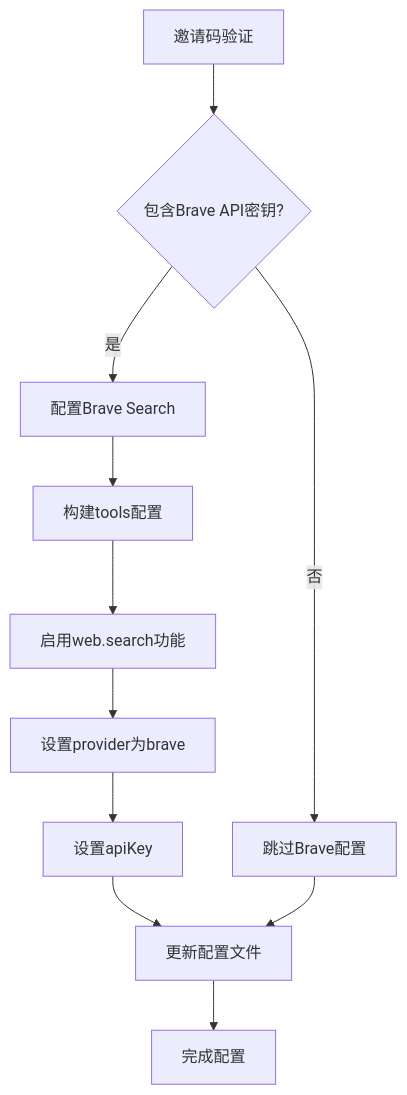
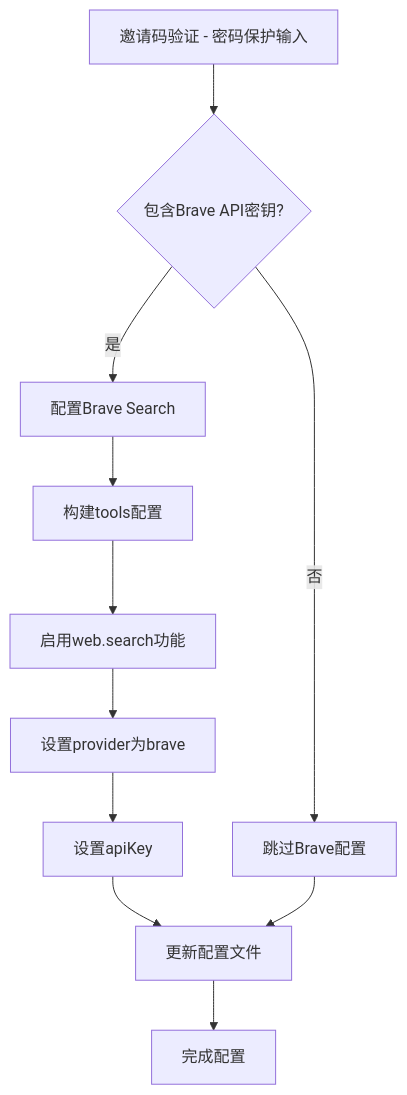
One commit to verse-ai-org/openclaw changed the ninth of 13 diagrams in .qoder/repowiki/zh/content/设置向导集成指南.md. Above: the diagram before and after it, drawn with Mermaid. The commit also changed other lines of this file and 22 other files, not shown here.

````diff
--- a/.qoder/repowiki/zh/content/设置向导集成指南.md
+++ b/.qoder/repowiki/zh/content/设置向导集成指南.md
@@ -473,13 +474,13 @@
 ```mermaid
 flowchart TD
-InviteCode[邀请码验证] --> HasBraveKey{包含Brave API密钥?}
+InviteCode[邀请码验证 - 密码保护输入] --> HasBraveKey{包含Brave API密钥?}
 HasBraveKey --> |是| ConfigureBrave[配置Brave Search]
 HasBraveKey --> |否| SkipBrave[跳过Brave配置]
 ConfigureBrave --> BuildToolsSection[构建tools配置]
 BuildToolsSection --> EnableSearch[启用web.search功能]
 EnableSearch --> SetProvider[设置provider为brave]
 SetProvider --> SetApiKey[设置apiKey]
 SetApiKey --> UpdateConfig[更新配置文件]
 SkipBrave --> UpdateConfig
 UpdateConfig --> Complete[完成配置]
 ```
````
